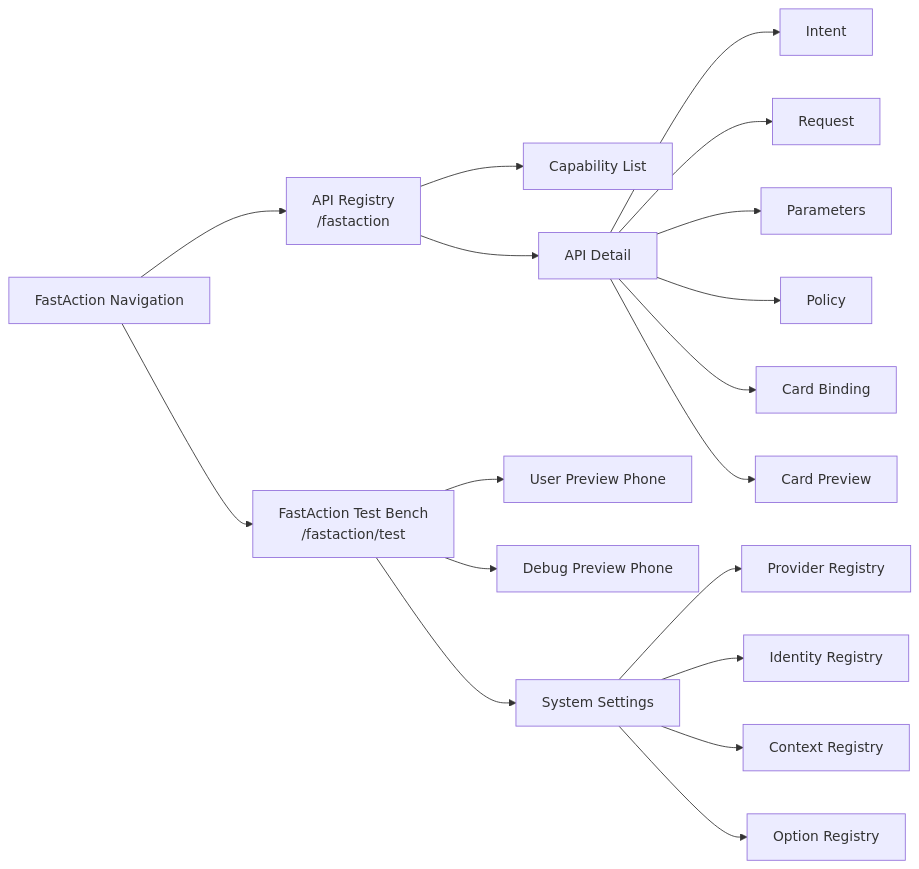
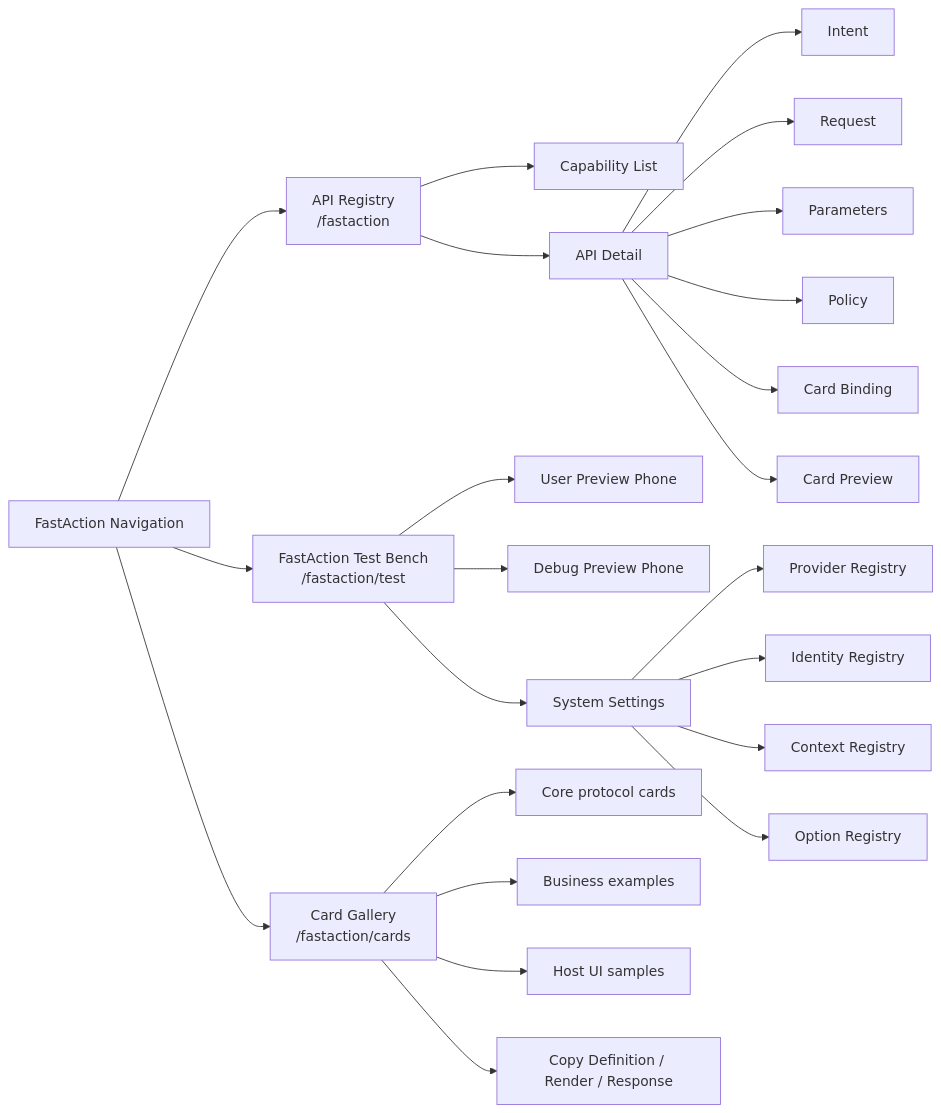
The diagram in docs/WORKBENCH.md (NullinZ/fastaction-ai), drawn with Mermaid before and after one commit. The commit also changed other lines of this file and 23 other files, not shown here.

````diff
--- a/docs/WORKBENCH.md
+++ b/docs/WORKBENCH.md
@@ -59,20 +75,25 @@
 ```mermaid
 flowchart LR
   Nav["FastAction Navigation"] --> Registry["API Registry<br/>/fastaction"]
   Nav --> TestBench["FastAction Test Bench<br/>/fastaction/test"]
+  Nav --> CardGallery["Card Gallery<br/>/fastaction/cards"]
   Registry --> List["Capability List"]
   Registry --> Detail["API Detail"]
   Detail --> Intent["Intent"]
   Detail --> Request["Request"]
   Detail --> Params["Parameters"]
   Detail --> Policy["Policy"]
   Detail --> Binding["Card Binding"]
   Detail --> Preview["Card Preview"]
   TestBench --> UserPhone["User Preview Phone"]
   TestBench --> DebugPhone["Debug Preview Phone"]
   TestBench --> Settings["System Settings"]
   Settings --> Provider["Provider Registry"]
   Settings --> Identity["Identity Registry"]
   Settings --> Context["Context Registry"]
   Settings --> Options["Option Registry"]
+  CardGallery --> CoreCards["Core protocol cards"]
+  CardGallery --> ExampleCards["Business examples"]
+  CardGallery --> HostCards["Host UI samples"]
+  CardGallery --> CopySnippets["Copy Definition / Render / Response"]
 ```
````
